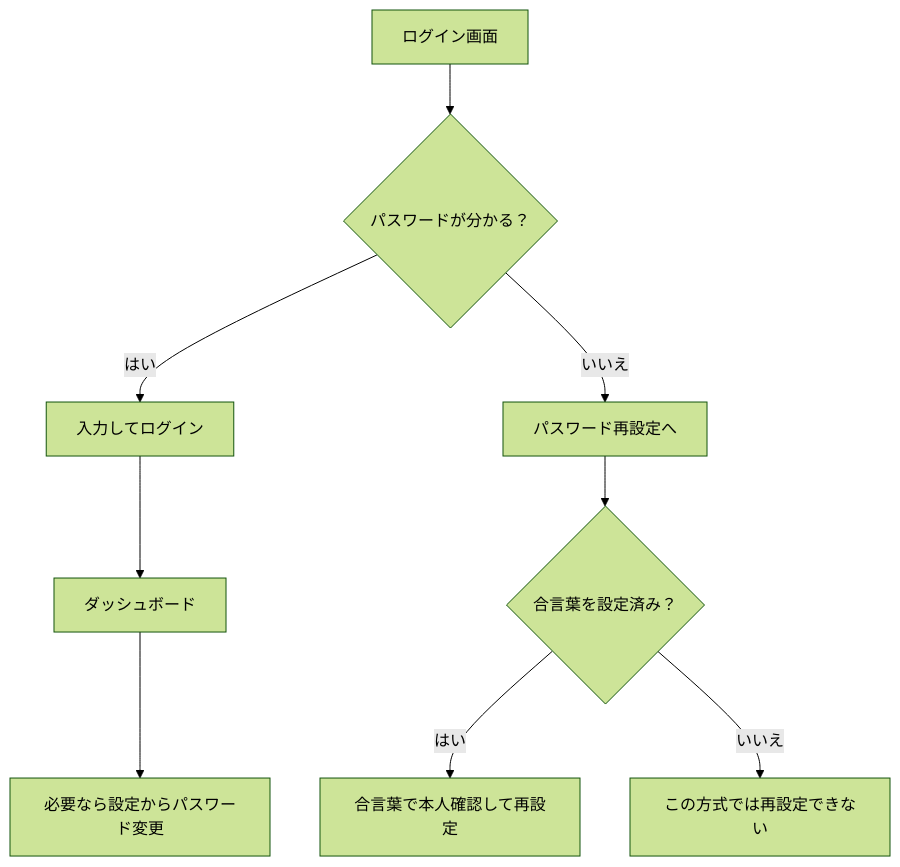
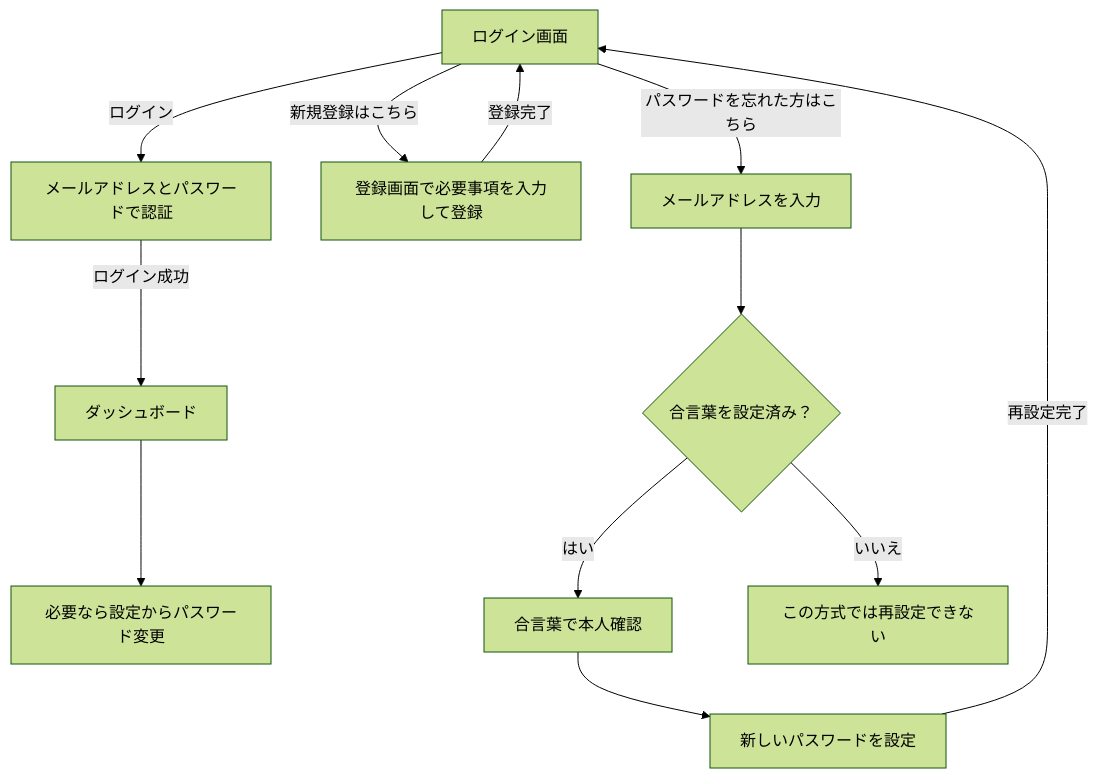
Before and after one commit to yamamotonaoki3/MyBookLibrary: the diagram in docs/features/auth.md, drawn with Mermaid (forest theme). The commit also changed other lines of this file, not shown here.

Commit message:
docs: 認証フローチャートに新規登録の導線を追加

````diff
--- a/docs/features/auth.md
+++ b/docs/features/auth.md
@@ -24,11 +24,14 @@
 ```mermaid
 flowchart TD
-  A[ログイン画面] --> B{パスワードが分かる？}
-  B -->|はい| C[入力してログイン]
-  C --> D[ダッシュボード]
-  D --> E[必要なら設定からパスワード変更]
-  B -->|いいえ| F[パスワード再設定へ]
-  F --> G{合言葉を設定済み？}
-  G -->|はい| H[合言葉で本人確認して再設定]
-  G -->|いいえ| I[この方式では再設定できない]
+  A["ログイン画面"] -->|ログイン| B["メールアドレスとパスワードで認証"]
+  B -->|ログイン成功| C["ダッシュボード"]
+  C --> D["必要なら設定からパスワード変更"]
+  A -->|新規登録はこちら| E["登録画面で必要事項を入力して登録"]
+  E -->|登録完了| A
+  A -->|パスワードを忘れた方はこちら| F["メールアドレスを入力"]
+  F --> G{"合言葉を設定済み？"}
+  G -->|はい| H["合言葉で本人確認"]
+  H --> I["新しいパスワードを設定"]
+  I -->|再設定完了| A
+  G -->|いいえ| J["この方式では再設定できない"]
 ```
````
